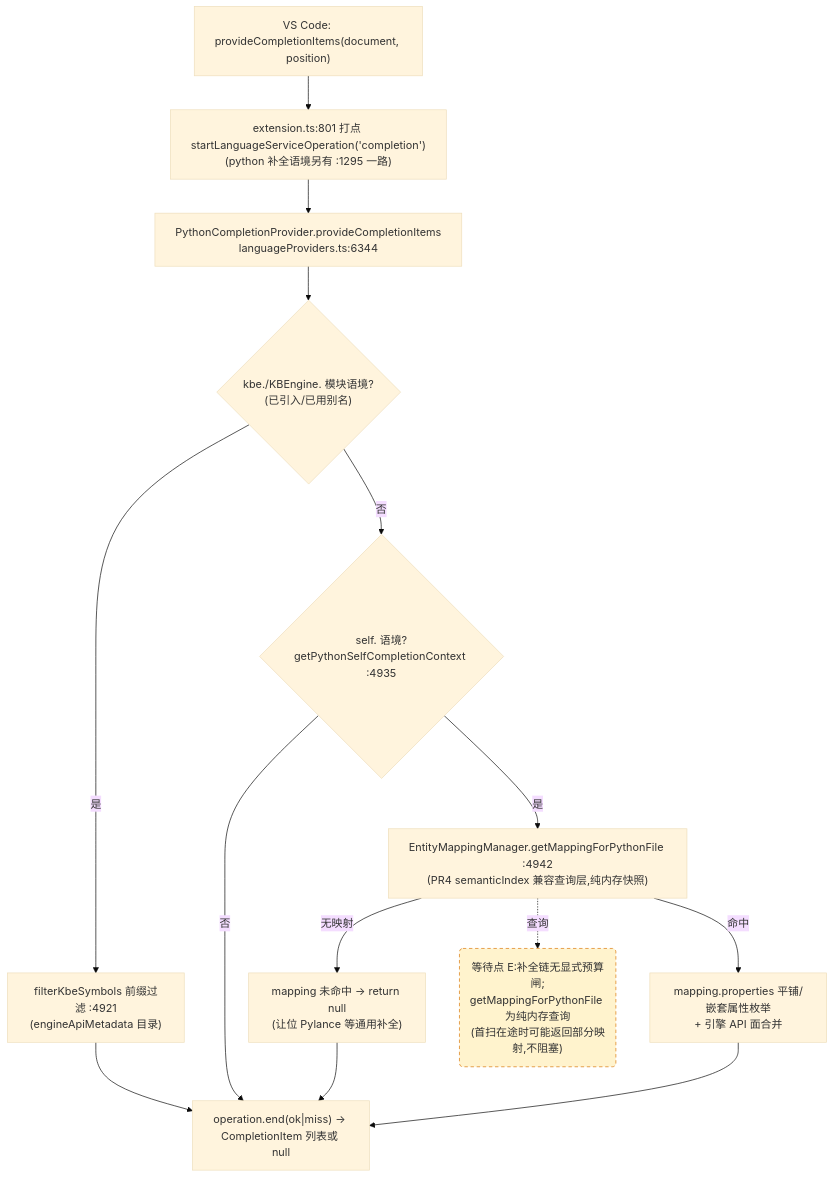
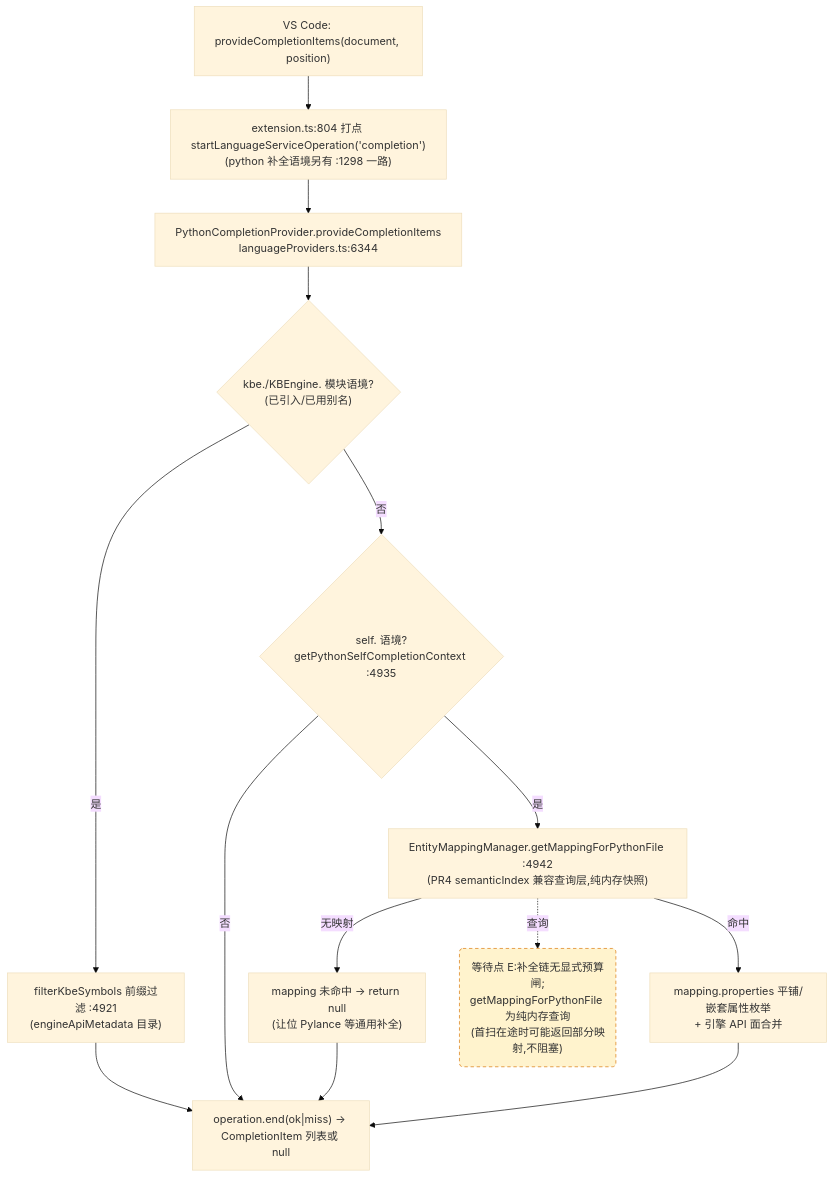
One commit to cuihairu/kode changed the third of 4 diagrams in docs/perf/2026-baseline.md. Above: the diagram before and after it, drawn with Mermaid (base theme). The commit also changed other lines of this file and 17 other files, not shown here.

Commit message:
feat: complete debugpy port mode flow with launch.json integration

````diff
--- a/docs/perf/2026-baseline.md
+++ b/docs/perf/2026-baseline.md
@@ -184,27 +184,27 @@
 ```mermaid
 flowchart TD
   VC3["VS Code: provideCompletionItems(document, position)"]
-  M3["extension.ts:801 打点 startLanguageServiceOperation('completion')<br/>(python 补全语境另有 :1295 一路)"]
+  M3["extension.ts:804 打点 startLanguageServiceOperation('completion')<br/>(python 补全语境另有 :1298 一路)"]
   CP["PythonCompletionProvider.provideCompletionItems<br/>languageProviders.ts:6344"]
   KBEC{"kbe./KBEngine. 模块语境?<br/>(已引入/已用别名)"}
   FILTER["filterKbeSymbols 前缀过滤 :4921<br/>(engineApiMetadata 目录)"]
   SELFC{"self. 语境?<br/>getPythonSelfCompletionContext :4935"}
   MAP["EntityMappingManager.getMappingForPythonFile :4942<br/>(PR4 semanticIndex 兼容查询层,纯内存快照)"]
   NOMAP["mapping 未命中 → return null<br/>(让位 Pylance 等通用补全)"]
   PROPS["mapping.properties 平铺/嵌套属性枚举<br/>+ 引擎 API 面合并"]
   END3["operation.end(ok|miss) → CompletionItem 列表或 null"]
 
   VC3 --> M3 --> CP --> KBEC
   KBEC -- "是" --> FILTER --> END3
   KBEC -- "否" --> SELFC
   SELFC -- "否" --> END3
   SELFC -- "是" --> MAP
   MAP -- "无映射" --> NOMAP --> END3
   MAP -- "命中" --> PROPS --> END3
 
   WAITE("等待点 E:补全链无显式预算闸;<br/>getMappingForPythonFile 为纯内存查询<br/>(首扫在途时可能返回部分映射,不阻塞)")
   MAP -.->|查询| WAITE
 
   classDef waitPoint fill:#fff3cd,stroke:#d97706,stroke-dasharray:5 4;
   class WAITE waitPoint;
 ```
````
